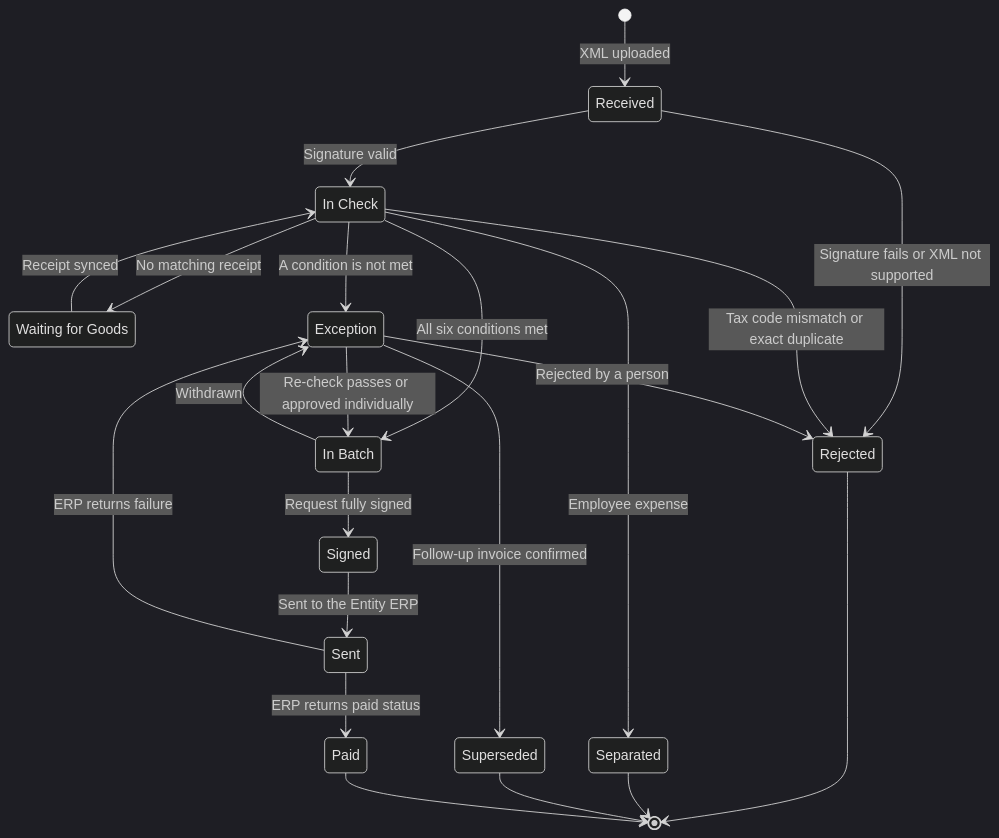
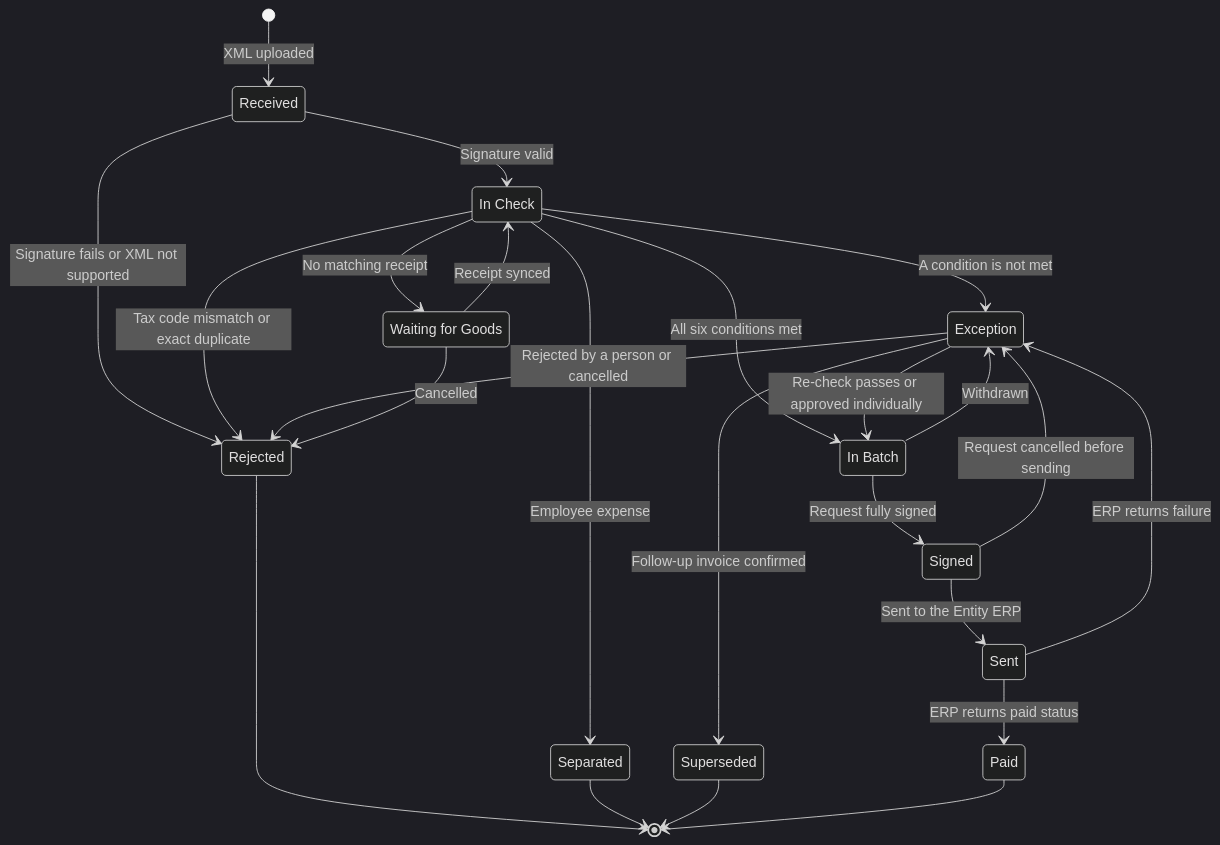
Before and after one commit to minhtuann1102/MatchPay: the first of 4 diagrams in docs/requirements/business-rules.md, drawn with Mermaid (dark theme). The commit also changed other lines of this file and 20 other files, not shown here.

First line of the commit message:
docs: sync Steps 1 and 2 to the feature mind map (draft for review)

````diff
--- a/docs/requirements/business-rules.md
+++ b/docs/requirements/business-rules.md
@@ -353,36 +364,38 @@
 ```mermaid
 stateDiagram-v2
     state "Received" as Received
     state "In Check" as InCheck
     state "Waiting for Goods" as WaitGoods
     state "Separated" as Separated
     state "Rejected" as Rejected
     state "Exception" as Exception
     state "In Batch" as InBatch
     state "Signed" as Signed
     state "Sent" as Sent
     state "Paid" as Paid
     state "Superseded" as Superseded
 
     [*] --> Received: XML uploaded
     Received --> InCheck: Signature valid
     Received --> Rejected: Signature fails or XML not supported
     InCheck --> Rejected: Tax code mismatch or exact duplicate
     InCheck --> Separated: Employee expense
     InCheck --> WaitGoods: No matching receipt
     WaitGoods --> InCheck: Receipt synced
     InCheck --> Exception: A condition is not met
     InCheck --> InBatch: All six conditions met
     Exception --> InBatch: Re-check passes or approved individually
-    Exception --> Rejected: Rejected by a person
+    Exception --> Rejected: Rejected by a person or cancelled
+    WaitGoods --> Rejected: Cancelled
     Exception --> Superseded: Follow-up invoice confirmed
     InBatch --> Exception: Withdrawn
     InBatch --> Signed: Request fully signed
     Signed --> Sent: Sent to the Entity ERP
     Sent --> Paid: ERP returns paid status
     Sent --> Exception: ERP returns failure
+    Signed --> Exception: Request cancelled before sending
     Rejected --> [*]
     Separated --> [*]
     Superseded --> [*]
     Paid --> [*]
 ```
````
